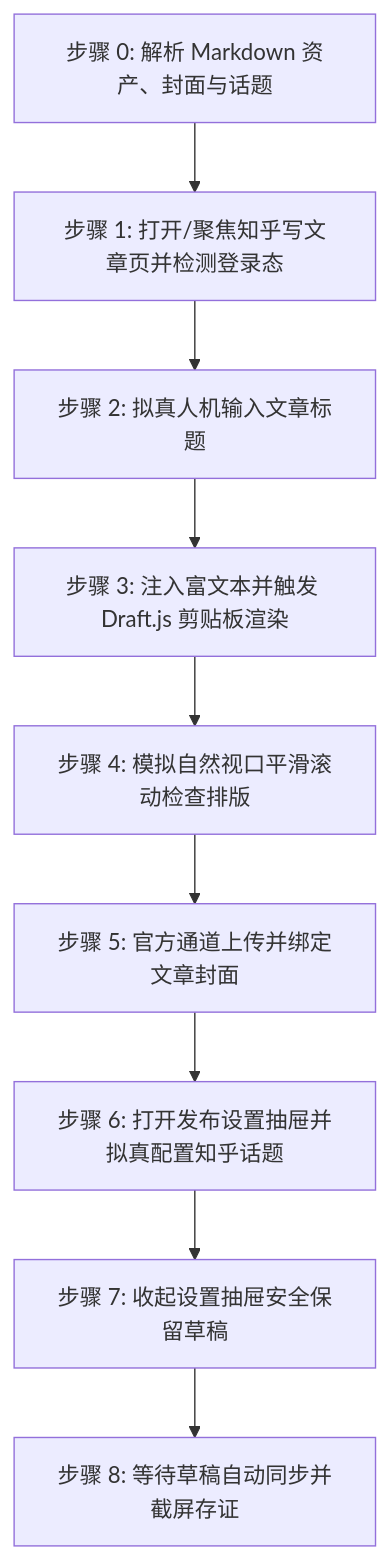
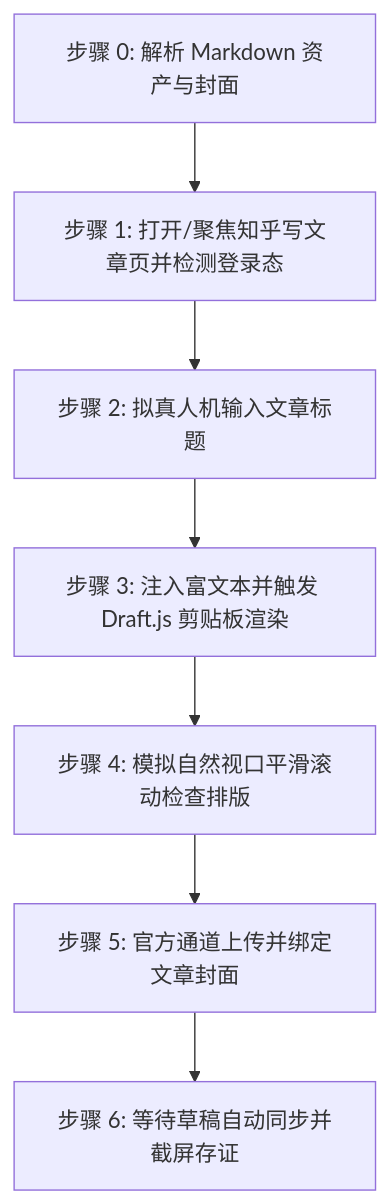
The diagram in skills/doudou-zhihu/SKILL.md (undsky/doudou-publish-skills), drawn with Mermaid before and after one commit. The commit also changed other lines of this file and 25 other files, not shown here.

````diff
--- a/skills/doudou-zhihu/SKILL.md
+++ b/skills/doudou-zhihu/SKILL.md
@@ -129,11 +129,9 @@
 ```mermaid
 flowchart TD
-    S0[步骤 0: 解析 Markdown 资产、封面与话题] --> S1[步骤 1: 打开/聚焦知乎写文章页并检测登录态]
+    S0[步骤 0: 解析 Markdown 资产与封面] --> S1[步骤 1: 打开/聚焦知乎写文章页并检测登录态]
     S1 --> S2[步骤 2: 拟真人机输入文章标题]
     S2 --> S3[步骤 3: 注入富文本并触发 Draft.js 剪贴板渲染]
     S3 --> S4[步骤 4: 模拟自然视口平滑滚动检查排版]
     S4 --> S5[步骤 5: 官方通道上传并绑定文章封面]
-    S5 --> S6[步骤 6: 打开发布设置抽屉并拟真配置知乎话题]
-    S6 --> S7[步骤 7: 收起设置抽屉安全保留草稿]
-    S7 --> S8[步骤 8: 等待草稿自动同步并截屏存证]
+    S5 --> S6[步骤 6: 等待草稿自动同步并截屏存证]
 ```
````
